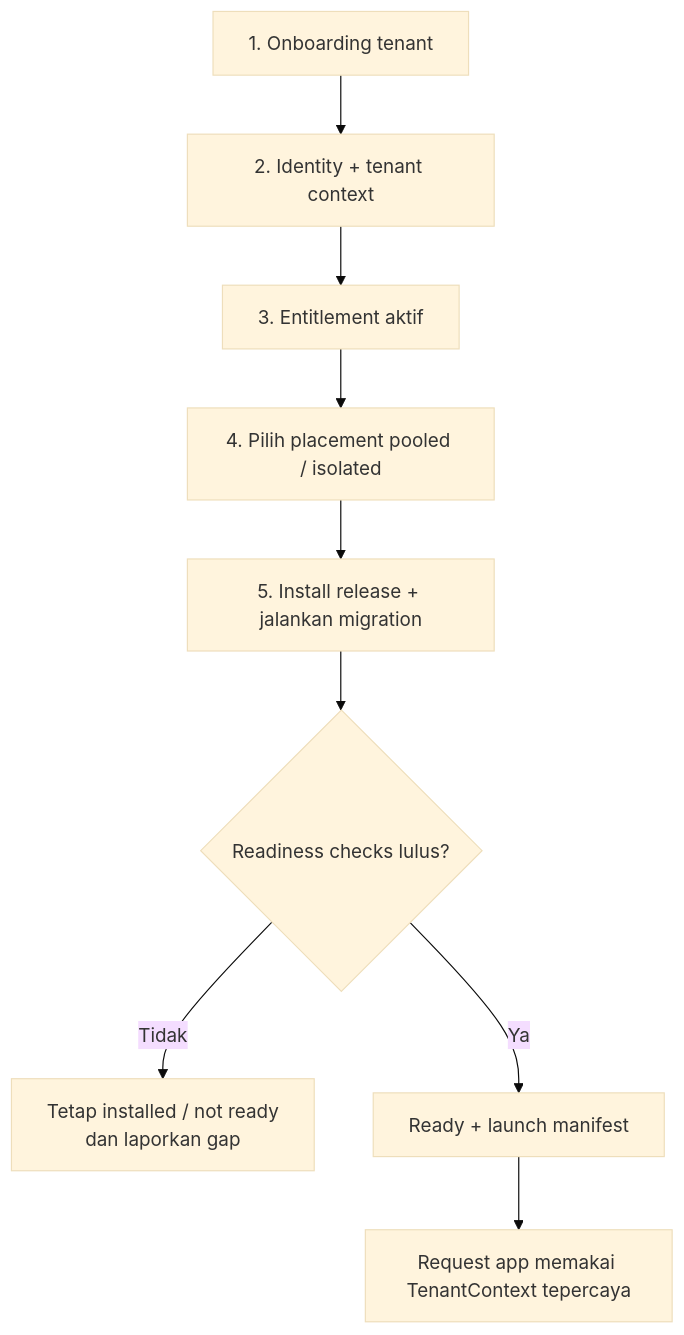
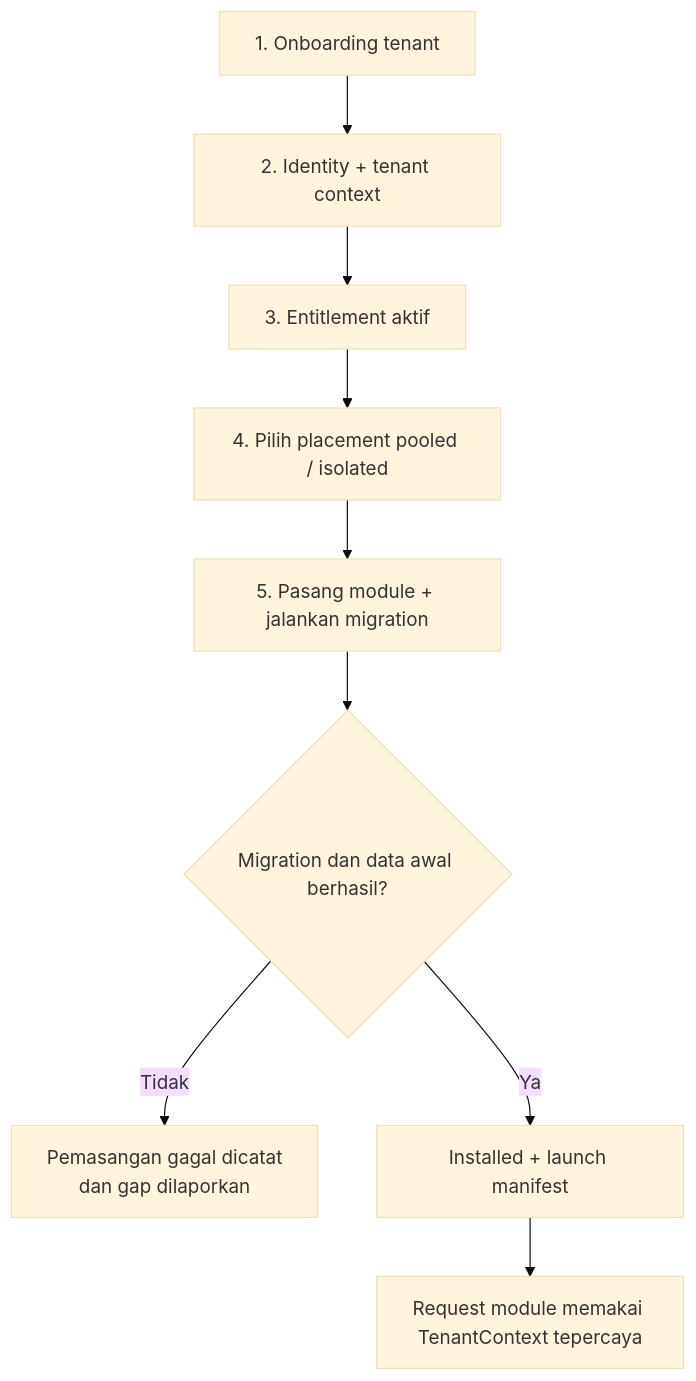
The second of 4 diagrams in docs/dev/01-grand-design.md (MettaDevs/coreERP), drawn with Mermaid (base theme) before and after one commit. The commit also changed other lines of this file and 81 other files, not shown here.

````diff
--- a/docs/dev/01-grand-design.md
+++ b/docs/dev/01-grand-design.md
@@ -124,11 +126,11 @@
 ```mermaid
 flowchart TB
     A["1. Onboarding tenant"] --> B["2. Identity + tenant context"]
     B --> C["3. Entitlement aktif"]
     C --> D["4. Pilih placement pooled / isolated"]
-    D --> E["5. Install release + jalankan migration"]
-    E --> F{"Readiness checks lulus?"}
-    F -- "Tidak" --> G["Tetap installed / not ready<br/>dan laporkan gap"]
-    F -- "Ya" --> H["Ready + launch manifest"]
-    H --> I["Request app memakai TenantContext tepercaya"]
+    D --> E["5. Pasang module + jalankan migration"]
+    E --> F{"Migration dan data awal berhasil?"}
+    F -- "Tidak" --> G["Pemasangan gagal dicatat<br/>dan gap dilaporkan"]
+    F -- "Ya" --> H["Installed + launch manifest"]
+    H --> I["Request module memakai TenantContext tepercaya"]
 ```
````
